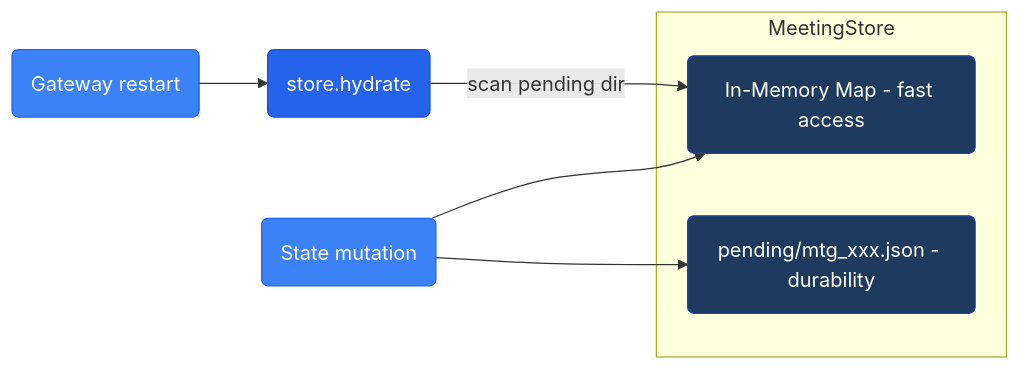
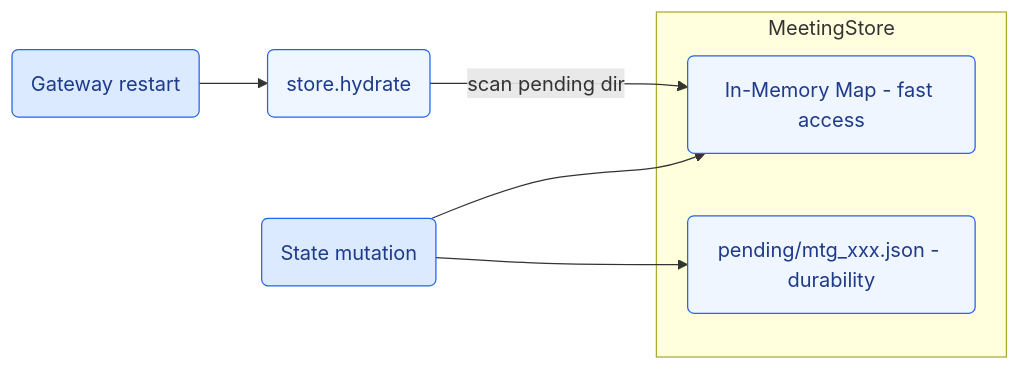
Before and after one commit to javana3/claw_meeting_all: the tenth of 13 diagrams in README.md, drawn with Mermaid. The commit also changed other lines of this file, not shown here.

````diff
--- a/README.md
+++ b/README.md
@@ -387,18 +387,18 @@
 ```mermaid
 graph LR
     subgraph "MeetingStore"
         MAP(In-Memory Map - fast access)
         FS(pending/mtg_xxx.json - durability)
     end
 
     WRITE(State mutation) --> MAP
     WRITE --> FS
     RESTART(Gateway restart) --> HYDRATE(store.hydrate)
     HYDRATE -->|scan pending dir| MAP
 
-    style MAP fill:#1e3a5f,stroke:#1e40af,color:#fff
-    style FS fill:#1e3a5f,stroke:#1e40af,color:#fff
-    style HYDRATE fill:#2563eb,stroke:#1d4ed8,color:#fff
-    style WRITE fill:#3b82f6,stroke:#2563eb,color:#fff
-    style RESTART fill:#3b82f6,stroke:#2563eb,color:#fff
+    style MAP fill:#eff6ff,stroke:#2563eb,color:#1e3a8a
+    style FS fill:#eff6ff,stroke:#2563eb,color:#1e3a8a
+    style HYDRATE fill:#eff6ff,stroke:#2563eb,color:#1e3a8a
+    style WRITE fill:#dbeafe,stroke:#2563eb,color:#1e3a8a
+    style RESTART fill:#dbeafe,stroke:#2563eb,color:#1e3a8a
 ```
````
